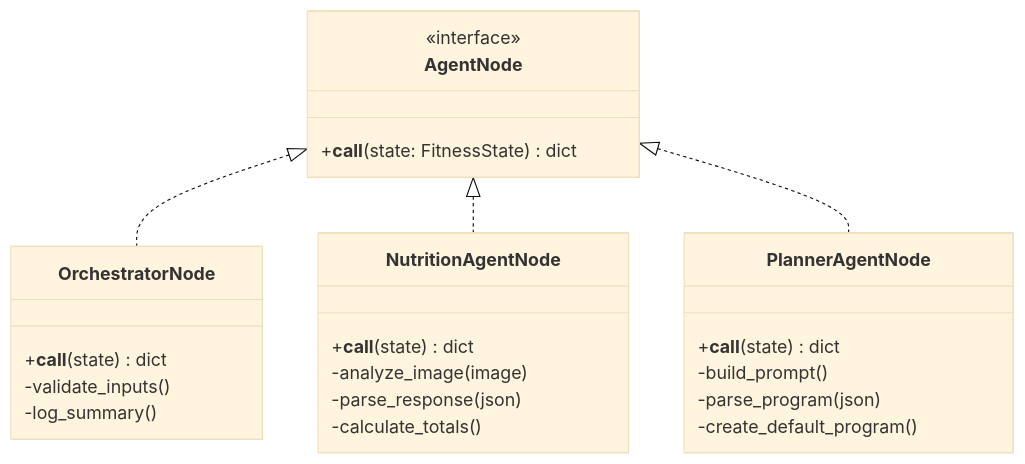
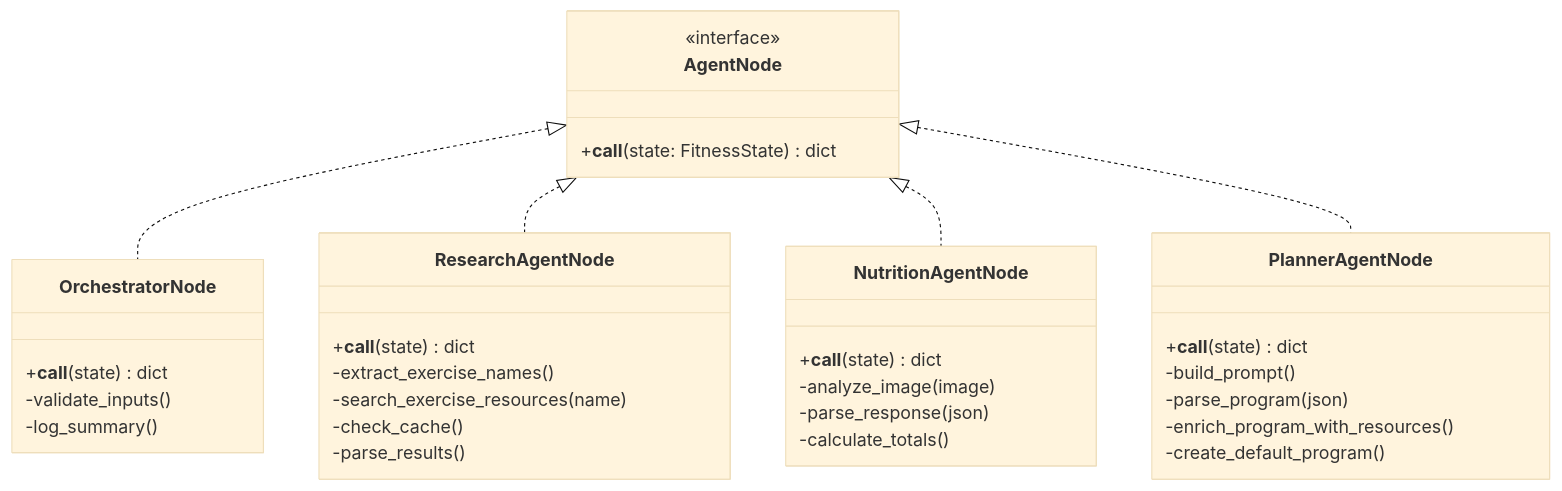
The eighth of 17 diagrams in docs/LLD.md (pankajshakya627/AthletixAI), drawn with Mermaid (base theme) before and after one commit. The commit also changed other lines of this file and 1 other file, not shown here.

First line of the commit message:
docs: Complete documentation update for Research Agent and Memory System

````diff
--- a/docs/LLD.md
+++ b/docs/LLD.md
@@ -170,31 +291,41 @@
 ```mermaid
 classDiagram
     class AgentNode {
         <<interface>>
         +__call__(state: FitnessState) dict
     }
 
     class OrchestratorNode {
         +__call__(state) dict
         -validate_inputs()
         -log_summary()
     }
 
+    class ResearchAgentNode {
+        +__call__(state) dict
+        -extract_exercise_names()
+        -search_exercise_resources(name)
+        -check_cache()
+        -parse_results()
+    }
+
     class NutritionAgentNode {
         +__call__(state) dict
         -analyze_image(image)
         -parse_response(json)
         -calculate_totals()
     }
 
     class PlannerAgentNode {
         +__call__(state) dict
         -build_prompt()
         -parse_program(json)
+        -enrich_program_with_resources()
         -create_default_program()
     }
 
     AgentNode <|.. OrchestratorNode
+    AgentNode <|.. ResearchAgentNode
     AgentNode <|.. NutritionAgentNode
     AgentNode <|.. PlannerAgentNode
 ```
````
